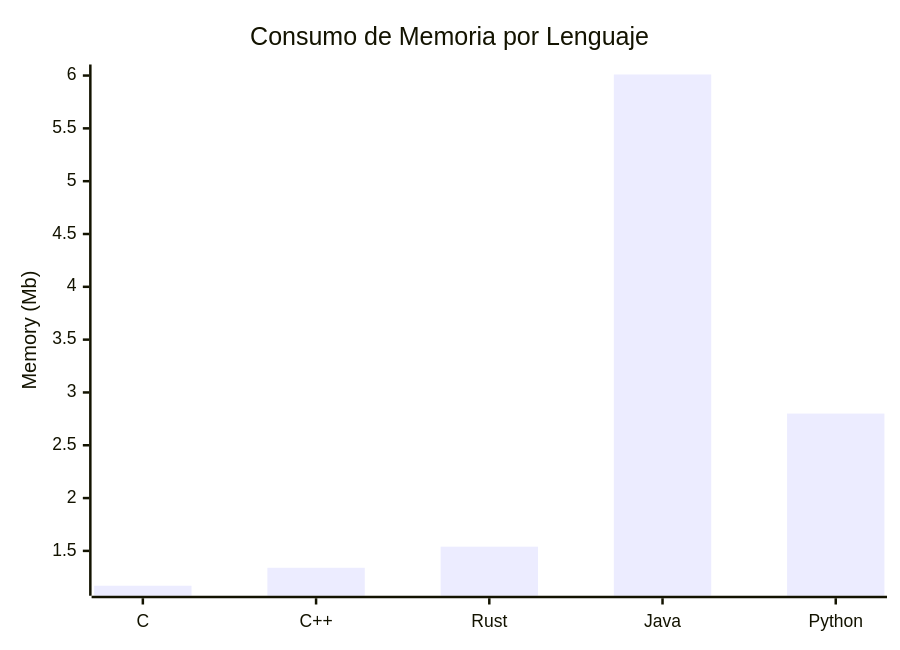
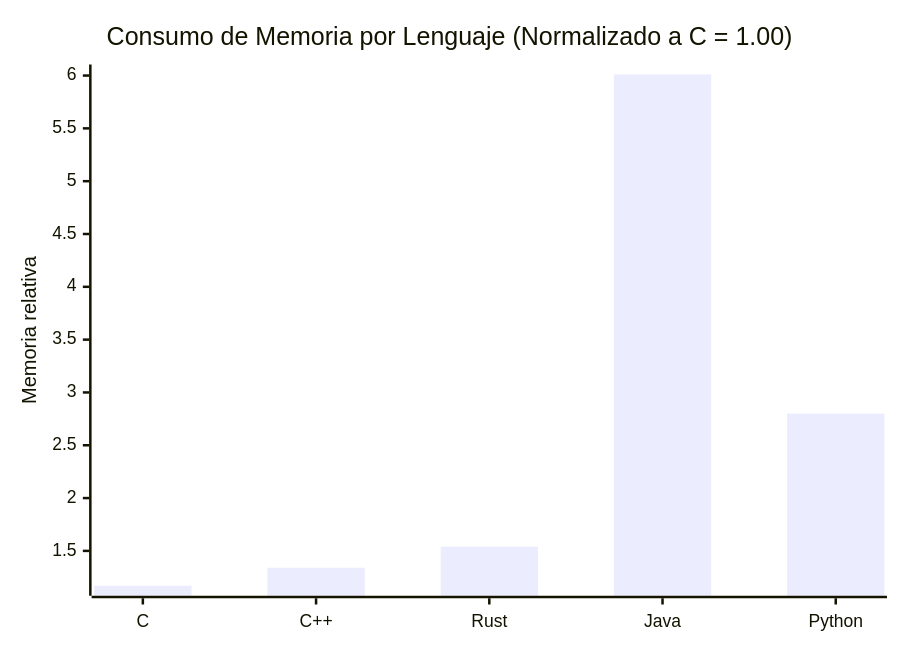
One commit to CPC-GALLOS/CPC-GALLOS.github.io changed the third of 4 diagrams in _posts/2024-08-05-Por_que_Cpp.md. Above: the diagram before and after it, drawn with Mermaid. The commit also changed other lines of this file and 4 other files, not shown here.

````diff
--- a/_posts/2024-08-05-Por_que_Cpp.md
+++ b/_posts/2024-08-05-Por_que_Cpp.md
@@ -70,7 +94,7 @@
 ```mermaid
 xychart-beta
-    title "Consumo de Memoria por Lenguaje"
+    title "Consumo de Memoria por Lenguaje (Normalizado a C = 1.00)"
     x-axis ["C", "C++", "Rust", "Java", "Python"]
-    y-axis "Memory (Mb)"
+    y-axis "Memoria relativa"
     bar [1.17, 1.34, 1.54, 6.01, 2.80]
 ```
````
